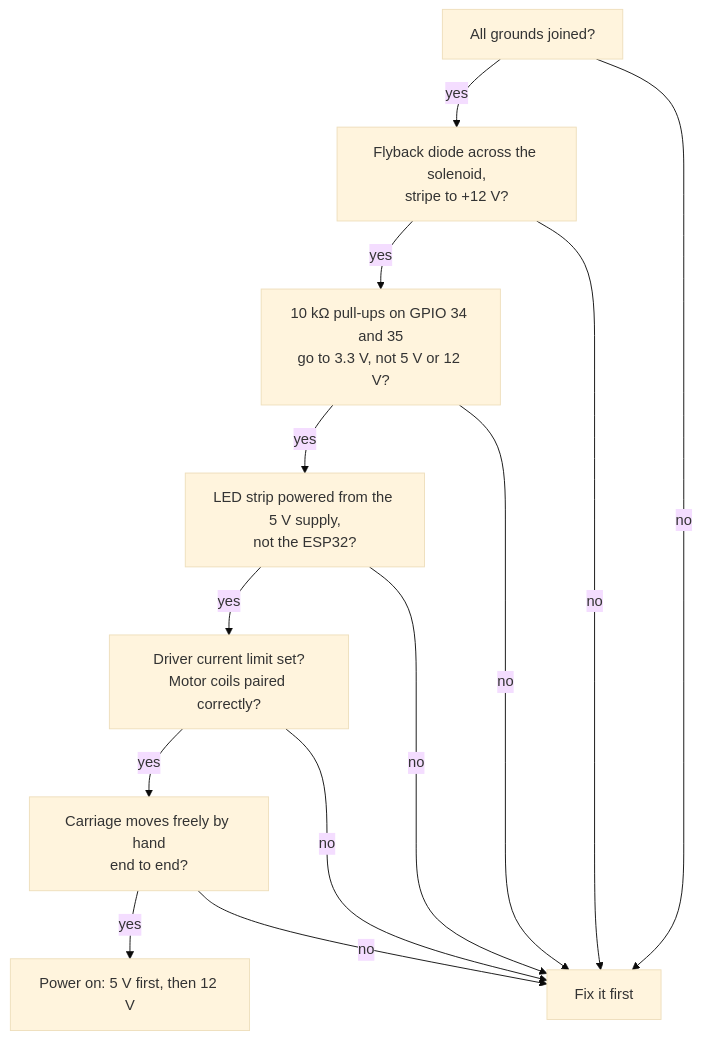
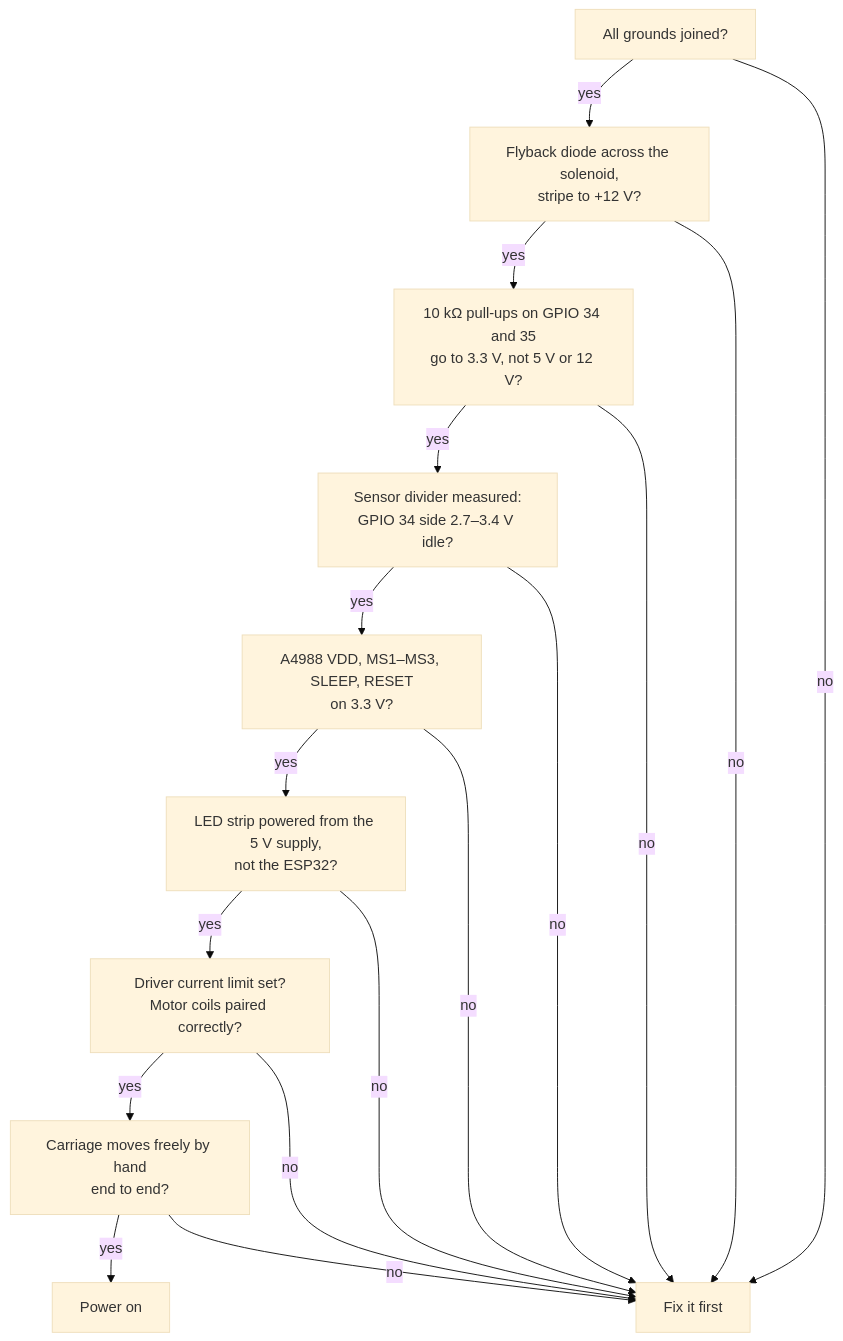
Before and after one commit to gilrvrv-design/Duet: the second of 9 diagrams in docs/rig-guide.md, drawn with Mermaid (base theme). The commit also changed other lines of this file and 1 other file, not shown here.

````diff
--- a/docs/rig-guide.md
+++ b/docs/rig-guide.md
@@ -68,15 +107,19 @@
 ```mermaid
 flowchart TD
     a["All grounds joined?"] -->|"yes"| b["Flyback diode across the solenoid,<br/>stripe to +12 V?"]
     b -->|"yes"| c["10 kΩ pull-ups on GPIO 34 and 35<br/>go to 3.3 V, not 5 V or 12 V?"]
-    c -->|"yes"| d["LED strip powered from the 5 V supply,<br/>not the ESP32?"]
+    c -->|"yes"| c2["Sensor divider measured:<br/>GPIO 34 side 2.7–3.4 V idle?"]
+    c2 -->|"yes"| c3["A4988 VDD, MS1–MS3, SLEEP, RESET<br/>on 3.3 V?"]
+    c3 -->|"yes"| d["LED strip powered from the 5 V supply,<br/>not the ESP32?"]
     d -->|"yes"| e["Driver current limit set?<br/>Motor coils paired correctly?"]
     e -->|"yes"| f["Carriage moves freely by hand<br/>end to end?"]
-    f -->|"yes"| go["Power on: 5 V first, then 12 V"]
+    f -->|"yes"| go["Power on"]
     a -->|"no"| fix["Fix it first"]
     b -->|"no"| fix
     c -->|"no"| fix
+    c2 -->|"no"| fix
+    c3 -->|"no"| fix
     d -->|"no"| fix
     e -->|"no"| fix
     f -->|"no"| fix
 ```
````
